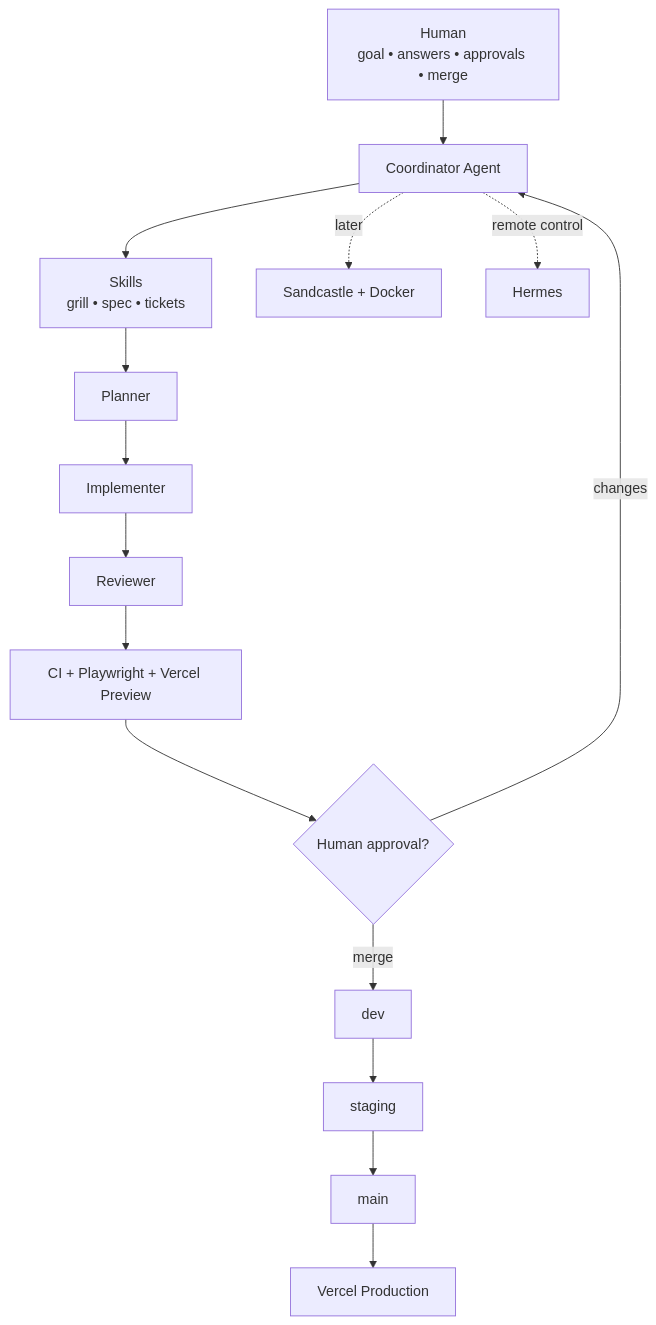
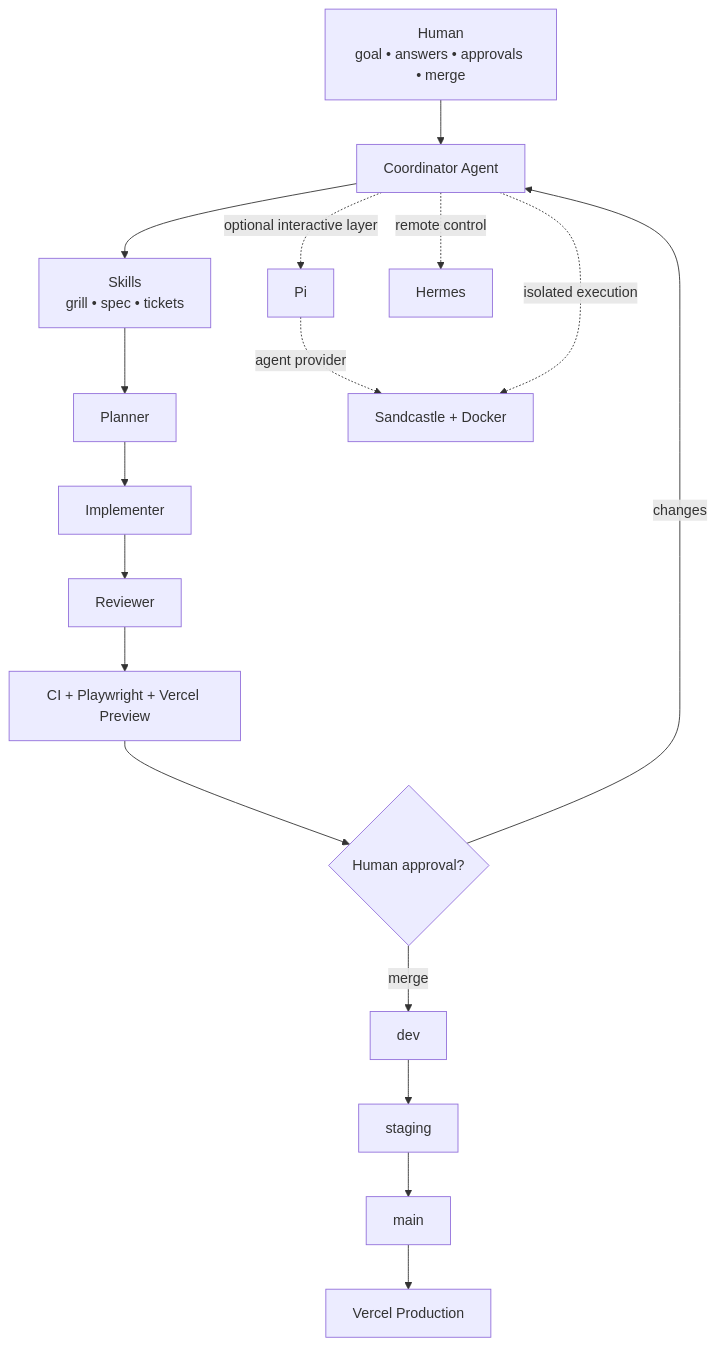
The first of 6 diagrams in README.md (oneezy/agent-workflow), drawn with Mermaid before and after one commit. The commit also changed other lines of this file, not shown here.

````diff
--- a/README.md
+++ b/README.md
@@ -1132,17 +1310,19 @@
 ```mermaid
 flowchart TB
   H["Human<br/>goal • answers • approvals • merge"] --> C["Coordinator Agent"]
   C --> S["Skills<br/>grill • spec • tickets"]
   S --> P["Planner"]
   P --> I["Implementer"]
   I --> R["Reviewer"]
   R --> V["CI + Playwright + Vercel Preview"]
   V --> G{"Human approval?"}
   G -->|changes| C
   G -->|merge| D["dev"]
   D --> ST["staging"]
   ST --> M["main"]
   M --> PROD["Vercel Production"]
-  C -. later .-> SC["Sandcastle + Docker"]
+  C -. optional interactive layer .-> PI["Pi"]
+  PI -. agent provider .-> SC["Sandcastle + Docker"]
+  C -. isolated execution .-> SC
   C -. remote control .-> HE["Hermes"]
 ```
````
